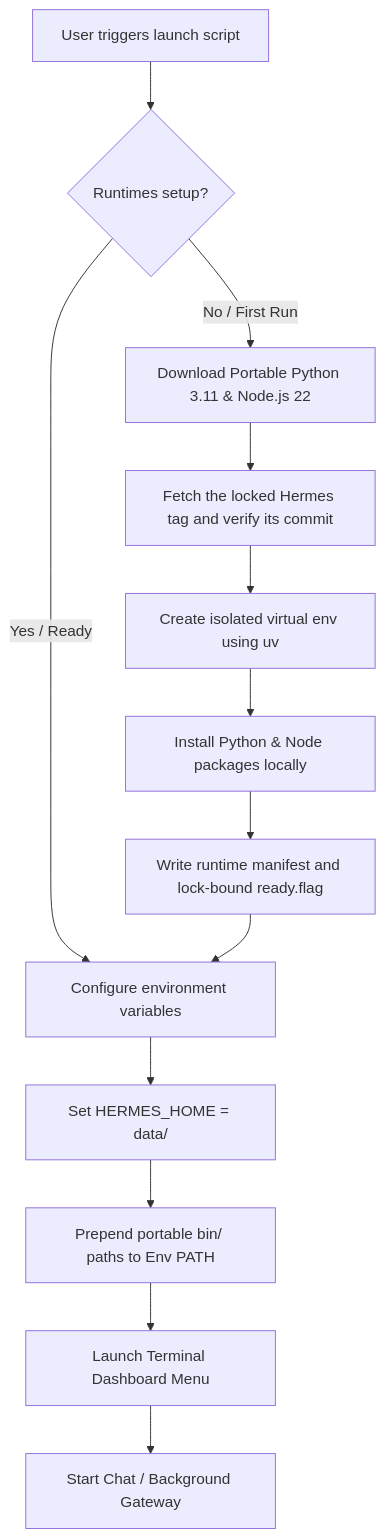
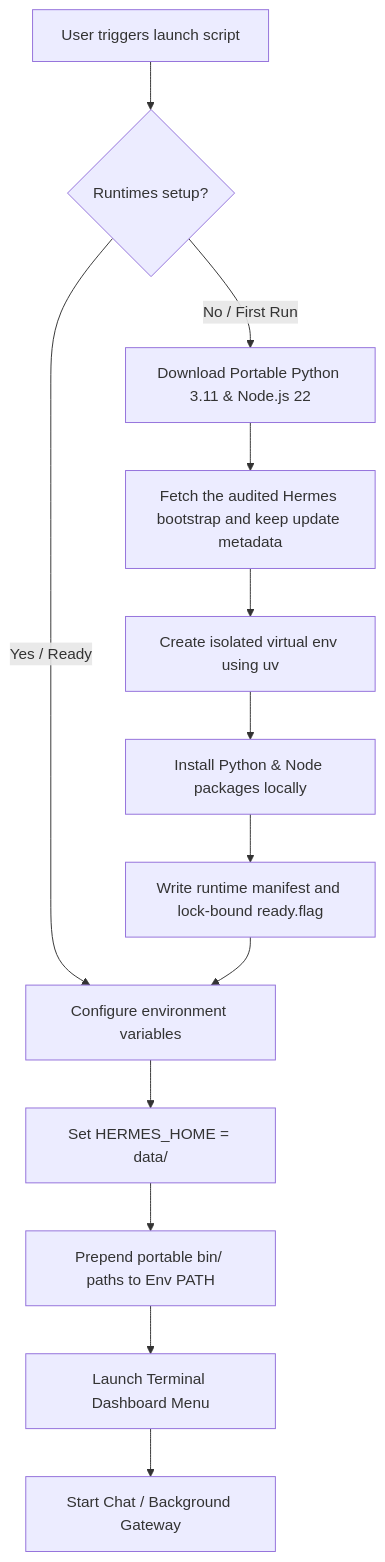
One commit to Zzgj/Hermes-USB-Portable changed the diagram in README.md. Above: the diagram before and after it, drawn with Mermaid. The commit also changed other lines of this file and 10 other files, not shown here.

Commit message:
feat: define roadmap and updateable Hermes bootstrap

````diff
--- a/README.md
+++ b/README.md
@@ -69,15 +71,15 @@
 ```mermaid
 graph TD
     A[User triggers launch script] --> B{Runtimes setup?}
     B -- No / First Run --> C[Download Portable Python 3.11 & Node.js 22]
-    C --> D[Fetch the locked Hermes tag and verify its commit]
+    C --> D[Fetch the audited Hermes bootstrap and keep update metadata]
     D --> E[Create isolated virtual env using uv]
     E --> F[Install Python & Node packages locally]
     F --> G[Write runtime manifest and lock-bound ready.flag]
     B -- Yes / Ready --> H[Configure environment variables]
     G --> H
     H --> I[Set HERMES_HOME = data/]
     I --> J[Prepend portable bin/ paths to Env PATH]
     J --> K[Launch Terminal Dashboard Menu]
     K --> L[Start Chat / Background Gateway]
 ```
````
